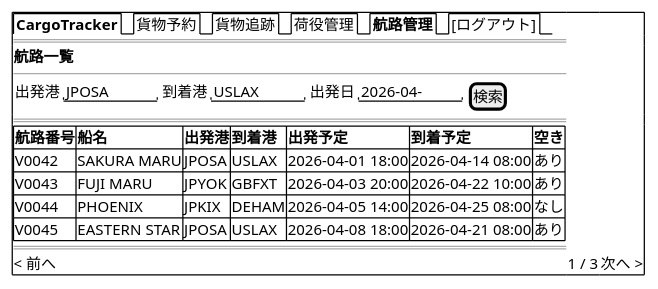
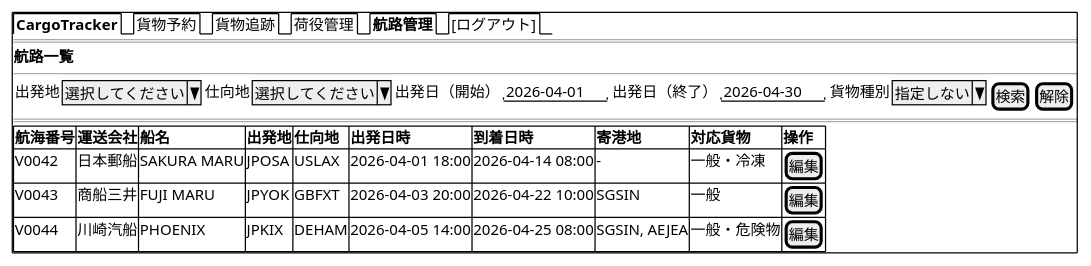
One commit to k2works/case-study-cargo-tracker changed diagram 16 of 23 in docs/design/ui_design.md. Above: the diagram before and after it, drawn with PlantUML. The commit also changed other lines of this file and 2 other files, not shown here.

````diff
--- a/docs/design/ui_design.md
+++ b/docs/design/ui_design.md
@@ -953,23 +955,22 @@
 ```plantuml
 @startsalt
 {+
   {/ <b>CargoTracker</b> | 貨物予約 | 貨物追跡 | 荷役管理 | <b>航路管理</b> | [ログアウト] }
   ==
   <b>航路一覧</b>
   --
   {
-    出発港 | "JPOSA    " | 到着港 | "USLAX    " | 出発日 | "2026-04-  " | [検索]
+    出発地 | ^選択してください^ | 仕向地 | ^選択してください^ |
+    出発日（開始） | "2026-04-01" | 出発日（終了） | "2026-04-30" |
+    貨物種別 | ^指定しない^ | [検索] | [解除]
   }
   ==
   {#
-    **航路番号** | **船名**     | **出発港** | **到着港** | **出発予定**     | **到着予定**     | **空き**
-    V0042        | SAKURA MARU  | JPOSA      | USLAX      | 2026-04-01 18:00 | 2026-04-14 08:00 | あり
-    V0043        | FUJI MARU    | JPYOK      | GBFXT      | 2026-04-03 20:00 | 2026-04-22 10:00 | あり
-    V0044        | PHOENIX      | JPKIX      | DEHAM      | 2026-04-05 14:00 | 2026-04-25 08:00 | なし
-    V0045        | EASTERN STAR | JPOSA      | USLAX      | 2026-04-08 18:00 | 2026-04-21 08:00 | あり
+    **航海番号** | **運送会社** | **船名**     | **出発地** | **仕向地** | **出発日時**     | **到着日時**     | **寄港地** | **対応貨物** | **操作**
+    V0042        | 日本郵船     | SAKURA MARU  | JPOSA      | USLAX      | 2026-04-01 18:00 | 2026-04-14 08:00 | -          | 一般・冷凍   | [編集]
+    V0043        | 商船三井     | FUJI MARU    | JPYOK      | GBFXT      | 2026-04-03 20:00 | 2026-04-22 10:00 | SGSIN      | 一般         | [編集]
+    V0044        | 川崎汽船     | PHOENIX      | JPKIX      | DEHAM      | 2026-04-05 14:00 | 2026-04-25 08:00 | SGSIN, AEJEA | 一般・危険物 | [編集]
   }
-  ==
-  < 前へ | 1 / 3 | 次へ >
 }
 @endsalt
 ```
````
